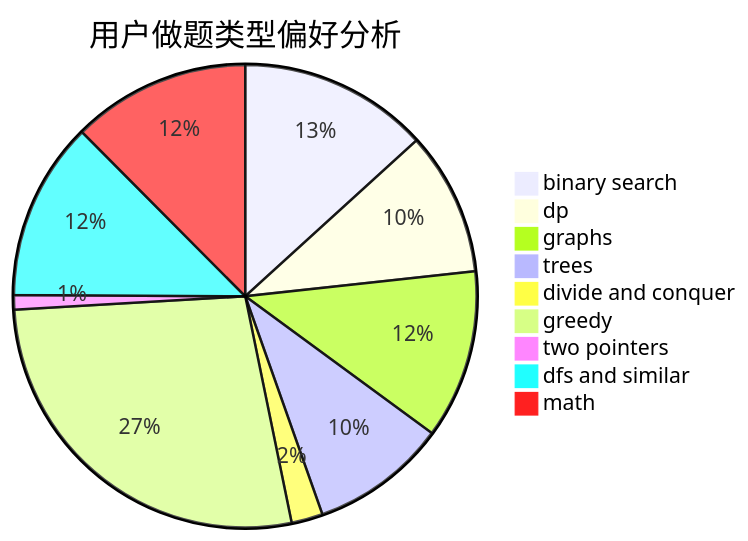
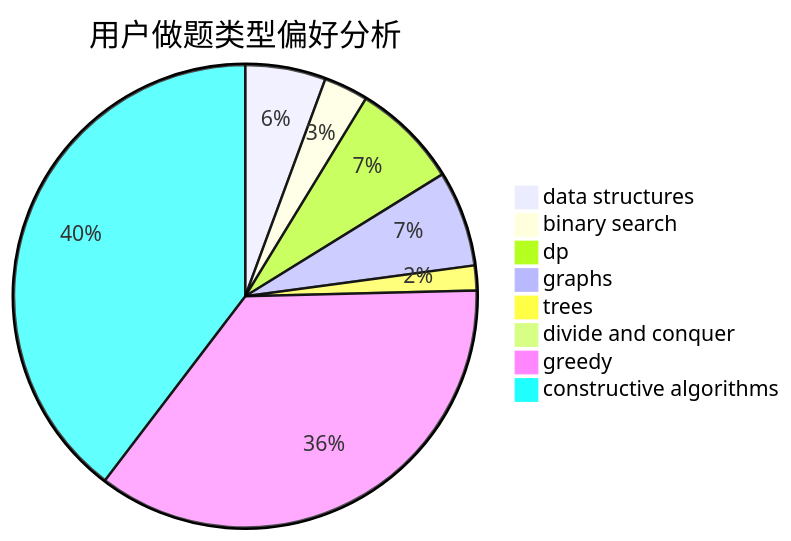
The second of 3 diagrams in docs/user/u2235.md (sherpahu/cfrs.github.io), drawn with Mermaid before and after one commit. The commit also changed other lines of this file and 2775 other files, not shown here.

````diff
--- a/docs/user/u2235.md
+++ b/docs/user/u2235.md
@@ -23,12 +23,11 @@
 ```mermaid
 pie title 用户做题类型偏好分析
-    "binary search" :  284
-    "dp" :  215
-    "graphs" :  253
-    "trees" :  204
-    "divide and conquer" :  47
-    "greedy" :  585
-    "two pointers" :  22
-    "dfs and similar" :  267
-    "math" :  267
+    "data structures" :  58
+    "binary search" :  32
+    "dp" :  77
+    "graphs" :  69
+    "trees" :  18
+    "divide and conquer" :  3
+    "greedy" :  369
+    "constructive algorithms" :  409
 ```
````
